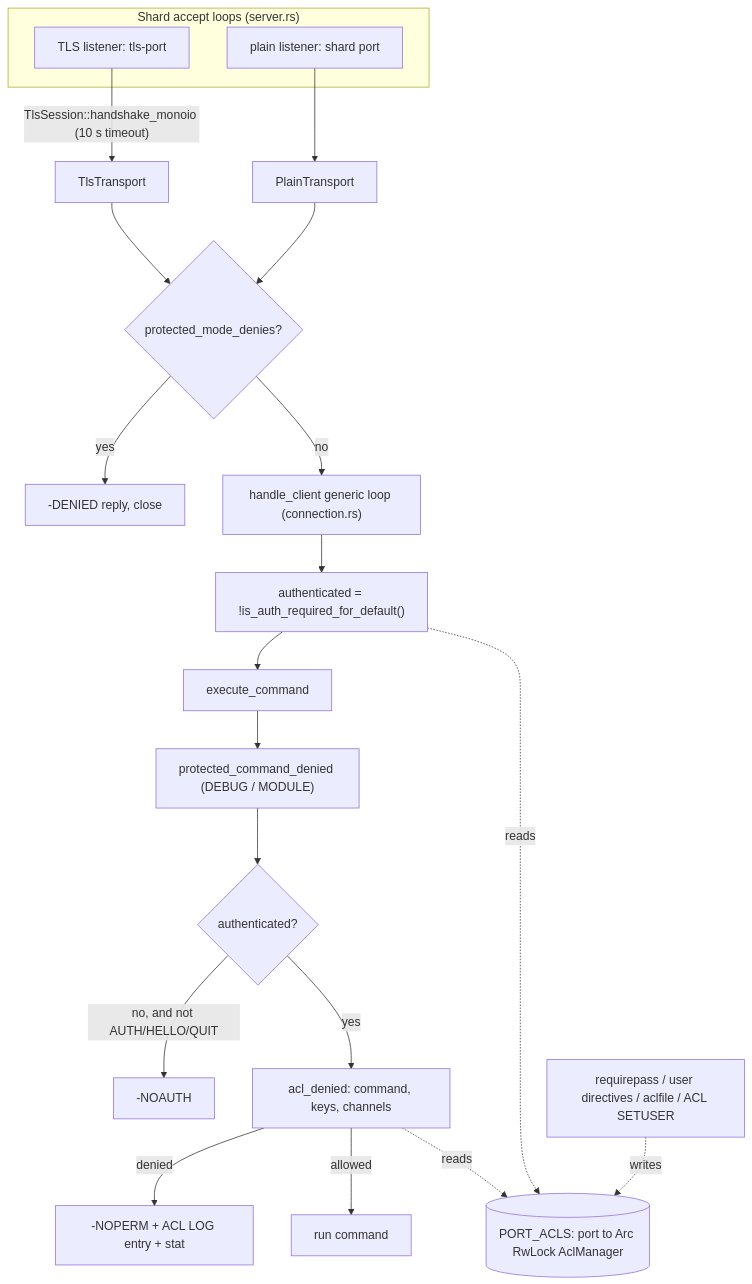
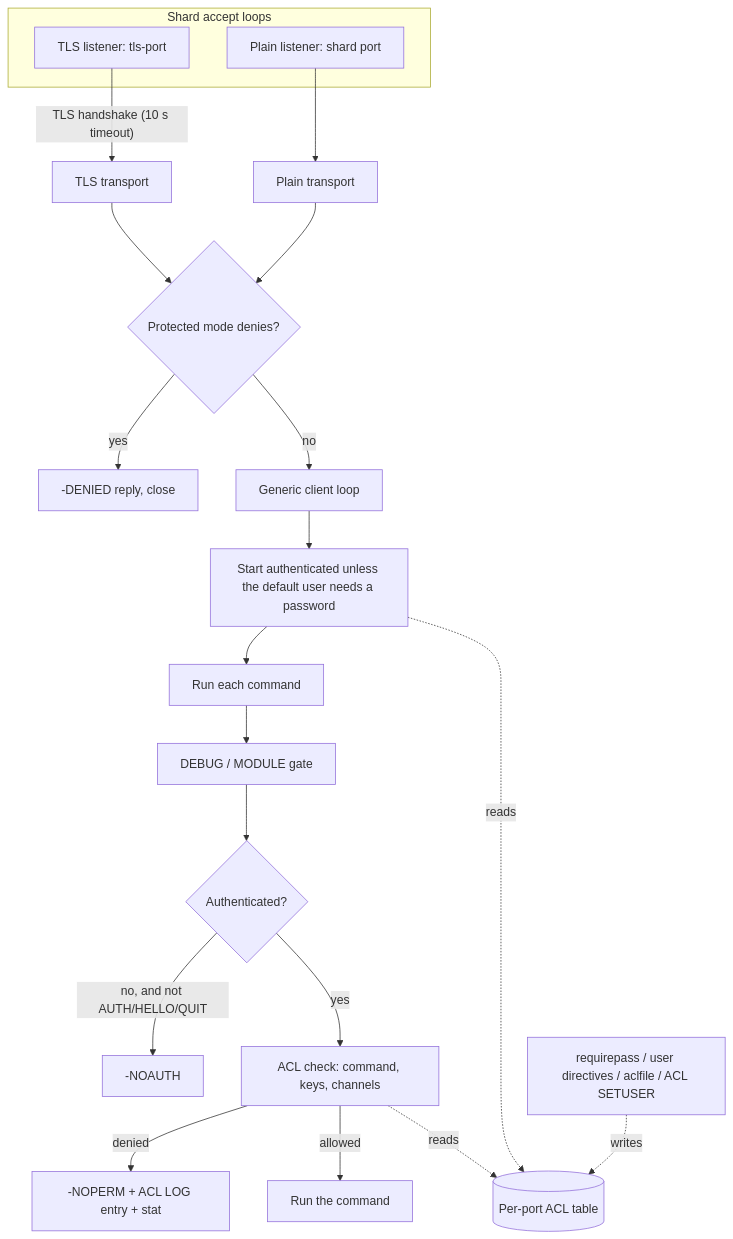
Before and after one commit to warrenzhu25/rudis: the first of 2 diagrams in docs/internal/15_security_tls.md, drawn with Mermaid. The commit also changed other lines of this file, not shown here.

First line of the commit message:
docs(internal): rewrite security, TLS and allocator guide in the prose-first style

````diff
--- a/docs/internal/15_security_tls.md
+++ b/docs/internal/15_security_tls.md
@@ -40,24 +44,24 @@
 ```mermaid
 flowchart TD
-    subgraph Accept["Shard accept loops (server.rs)"]
-        P["plain listener: shard port"]
+    subgraph Accept["Shard accept loops"]
+        P["Plain listener: shard port"]
         T["TLS listener: tls-port"]
     end
-    T -->|"TlsSession::handshake_monoio (10 s timeout)"| TT["TlsTransport"]
-    P --> PT["PlainTransport"]
-    TT --> PM{"protected_mode_denies?"}
+    T -->|"TLS handshake (10 s timeout)"| TT["TLS transport"]
+    P --> PT["Plain transport"]
+    TT --> PM{"Protected mode denies?"}
     PT --> PM
     PM -->|"yes"| DEN["-DENIED reply, close"]
-    PM -->|"no"| HC["handle_client generic loop (connection.rs)"]
-    HC --> BOOT["authenticated = !is_auth_required_for_default()"]
-    BOOT --> EX["execute_command"]
-    EX --> G1["protected_command_denied (DEBUG / MODULE)"]
-    G1 --> G2{"authenticated?"}
+    PM -->|"no"| HC["Generic client loop"]
+    HC --> BOOT["Start authenticated unless the default user needs a password"]
+    BOOT --> EX["Run each command"]
+    EX --> G1["DEBUG / MODULE gate"]
+    G1 --> G2{"Authenticated?"}
     G2 -->|"no, and not AUTH/HELLO/QUIT"| NOAUTH["-NOAUTH"]
-    G2 -->|"yes"| G3["acl_denied: command, keys, channels"]
+    G2 -->|"yes"| G3["ACL check: command, keys, channels"]
     G3 -->|"denied"| NOPERM["-NOPERM + ACL LOG entry + stat"]
-    G3 -->|"allowed"| RUN["run command"]
-    G3 -.reads.-> ACL[("PORT_ACLS: port to Arc RwLock AclManager")]
+    G3 -->|"allowed"| RUN["Run the command"]
+    G3 -.reads.-> ACL[("Per-port ACL table")]
     BOOT -.reads.-> ACL
     CFG["requirepass / user directives / aclfile / ACL SETUSER"] -.writes.-> ACL
 ```
````
